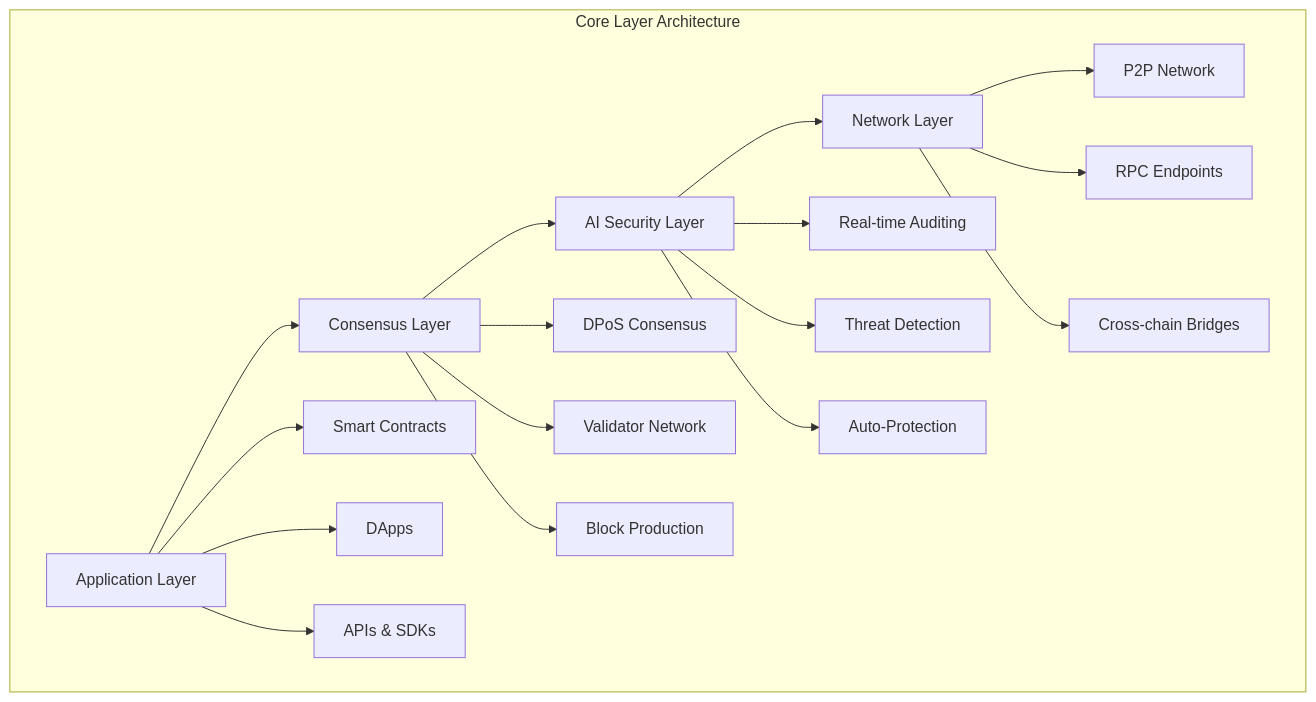
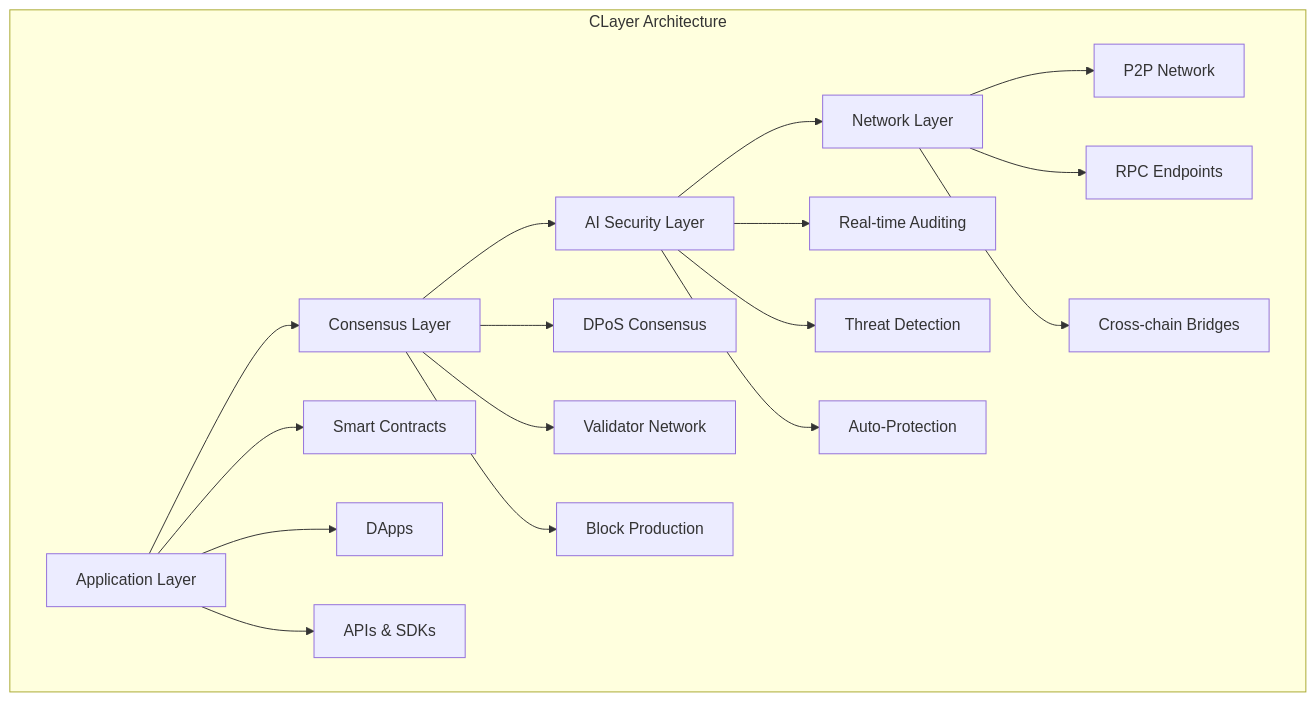
The third of 3 diagrams in docs/intro.mdx (CLayer-dev/docs), drawn with Mermaid before and after one commit. The commit also changed other lines of this file and 70 other files, not shown here.

Commit message:
updated to circle layer to clayer for rebranding

````diff
--- a/docs/intro.mdx
+++ b/docs/intro.mdx
@@ -501,24 +501,24 @@
 ```mermaid
 graph TB
-    subgraph "Core Layer Architecture"
+    subgraph "CLayer Architecture"
         A[Application Layer] --> B[Consensus Layer]
         B --> C[AI Security Layer] 
         C --> D[Network Layer]
         
         A --> E[Smart Contracts]
         A --> F[DApps]
         A --> G[APIs & SDKs]
         
         B --> H[DPoS Consensus]
         B --> I[Validator Network]
         B --> J[Block Production]
         
         C --> K[Real-time Auditing]
         C --> L[Threat Detection]
         C --> M[Auto-Protection]
         
         D --> N[P2P Network]
         D --> O[RPC Endpoints]
         D --> P[Cross-chain Bridges]
     end
 ```
````
